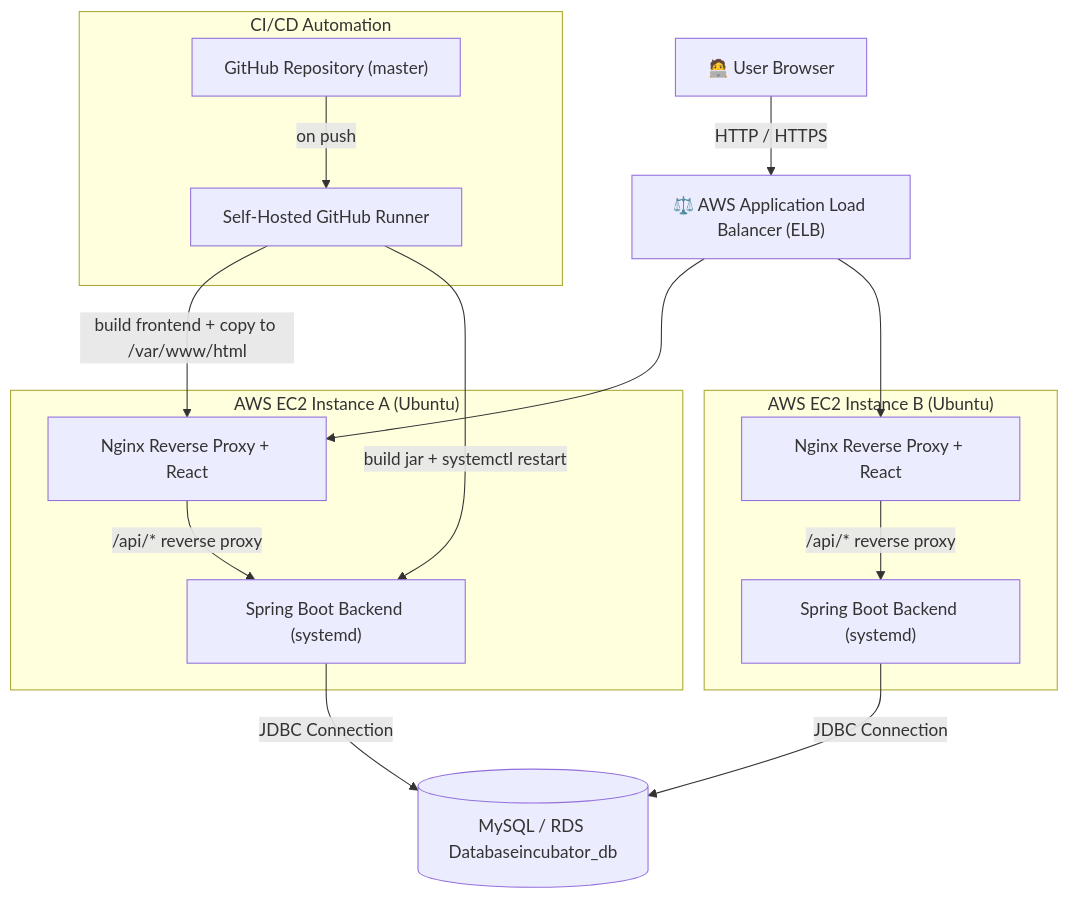
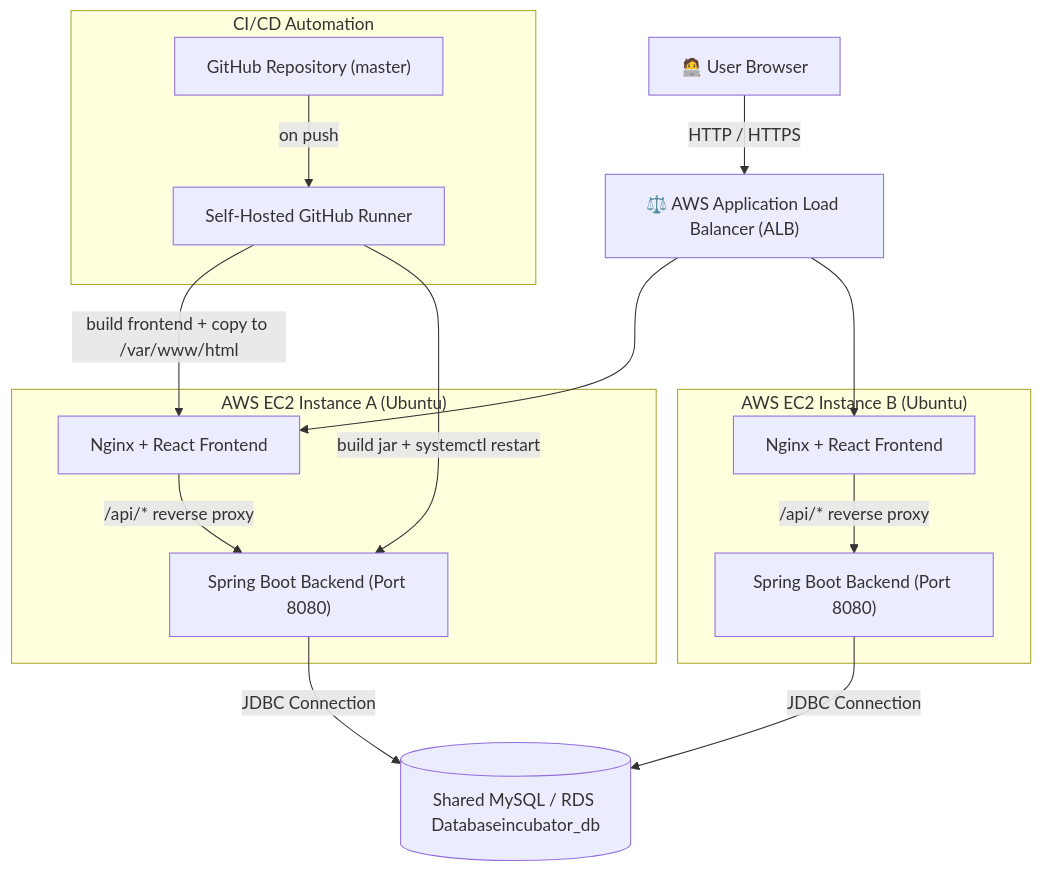
One commit to Nensibatra1122/my-incubator-complete-system changed the diagram in README.md. Above: the diagram before and after it, drawn with Mermaid. The commit also changed other lines of this file, not shown here.

````diff
--- a/README.md
+++ b/README.md
@@ -77,34 +77,34 @@
 ```mermaid
 graph TB
     U["🧑‍💻 User Browser"]
-    LB["⚖️ AWS Application Load Balancer (ELB)"]
+    LB["⚖️ AWS Application Load Balancer (ALB)"]
 
     subgraph EC2A["AWS EC2 Instance A (Ubuntu)"]
-        NA["Nginx Reverse Proxy + React"]
-        BA["Spring Boot Backend (systemd)"]
+        NA["Nginx + React Frontend"]
+        BA["Spring Boot Backend (Port 8080)"]
     end
 
     subgraph EC2B["AWS EC2 Instance B (Ubuntu)"]
-        NB["Nginx Reverse Proxy + React"]
-        BB["Spring Boot Backend (systemd)"]
+        NB["Nginx + React Frontend"]
+        BB["Spring Boot Backend (Port 8080)"]
     end
 
-    D[("MySQL / RDS Databaseincubator_db")]
+    D[("Shared MySQL / RDS Databaseincubator_db")]
 
     subgraph CICD["CI/CD Automation"]
         GH["GitHub Repository (master)"]
         R["Self-Hosted GitHub Runner"]
     end
 
     U -->|HTTP / HTTPS| LB
     LB --> NA
     LB --> NB
     NA -->|"/api/* reverse proxy"| BA
     NB -->|"/api/* reverse proxy"| BB
     BA -->|JDBC Connection| D
     BB -->|JDBC Connection| D
 
     GH -->|"on push"| R
     R -->|"build frontend + copy to /var/www/html"| NA
     R -->|"build jar + systemctl restart"| BA
 ```
````
